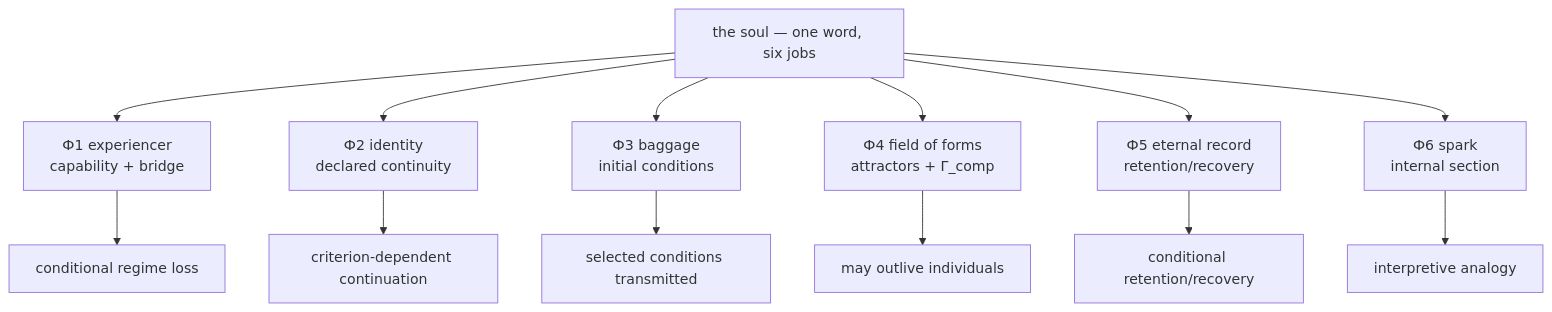
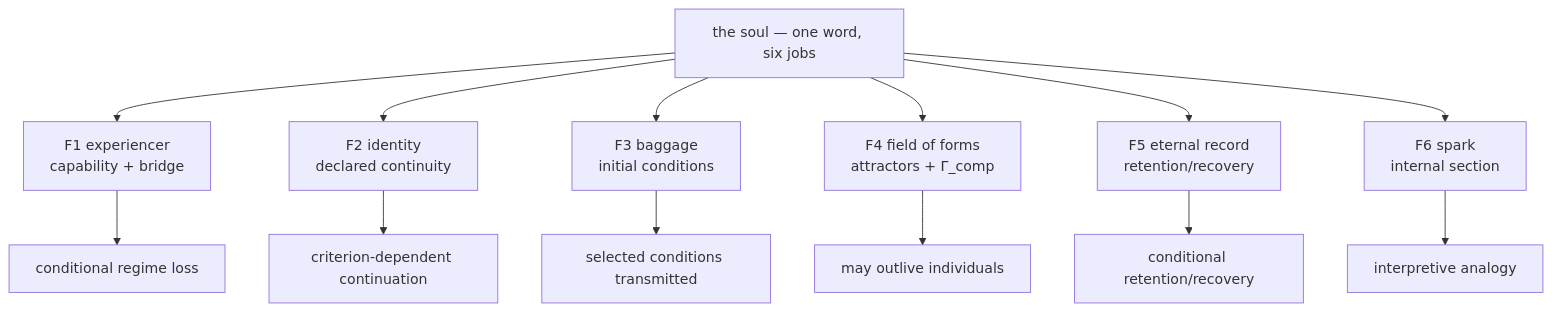
Before and after one commit to gst-st/uhm: the diagram in website/docs/consciousness/comparative/soul-decomposition.md, drawn with Mermaid. The commit also changed other lines of this file and 376 other files, not shown here.

First line of the commit message:
Refactor UHM canon, decontaminate architecture, and verify EN/RU parity

````diff
--- a/website/docs/consciousness/comparative/soul-decomposition.md
+++ b/website/docs/consciousness/comparative/soul-decomposition.md
@@ -197,22 +197,22 @@
 ```mermaid
 graph TD
     SOUL["the soul — one word, six jobs"]
-    F1["Ф1 experiencer<br/>capability + bridge"]
-    F2["Ф2 identity<br/>declared continuity"]
-    F3["Ф3 baggage<br/>initial conditions"]
-    F4["Ф4 field of forms<br/>attractors + Γ_comp"]
-    F5["Ф5 eternal record<br/>retention/recovery"]
-    F6["Ф6 spark<br/>internal section"]
+    F1["F1 experiencer<br/>capability + bridge"]
+    F2["F2 identity<br/>declared continuity"]
+    F3["F3 baggage<br/>initial conditions"]
+    F4["F4 field of forms<br/>attractors + Γ_comp"]
+    F5["F5 eternal record<br/>retention/recovery"]
+    F6["F6 spark<br/>internal section"]
     SOUL --> F1
     SOUL --> F2
     SOUL --> F3
     SOUL --> F4
     SOUL --> F5
     SOUL --> F6
     F1 --> D1["conditional regime loss"]
     F2 --> D2["criterion-dependent continuation"]
     F3 --> D3["selected conditions transmitted"]
     F4 --> D4["may outlive individuals"]
     F5 --> D5["conditional retention/recovery"]
     F6 --> D6["interpretive analogy"]
 ```
````
